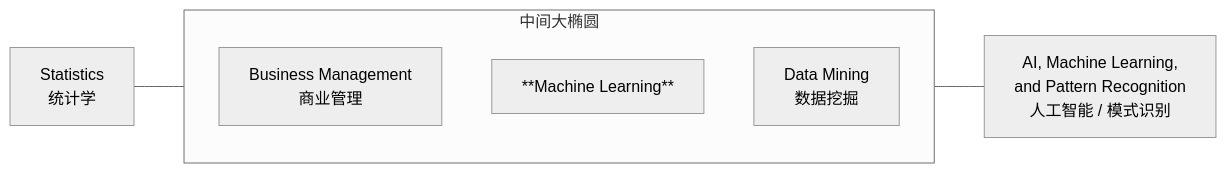
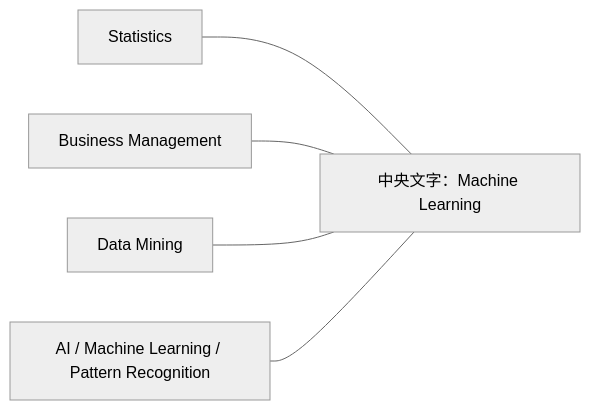
One commit to CercaTrovato/cityu-ai-course-notes changed the fifth of 18 diagrams in IS6400_Business_Data_Analytics/notes/M01-导论-商业数据分析全景与工具链.md. Above: the diagram before and after it, drawn with Mermaid (neutral theme). The commit also changed other lines of this file and 116 other files, not shown here.

````diff
--- a/IS6400_Business_Data_Analytics/notes/M01-导论-商业数据分析全景与工具链.md
+++ b/IS6400_Business_Data_Analytics/notes/M01-导论-商业数据分析全景与工具链.md
@@ -390,10 +572,7 @@
 ```mermaid
 flowchart LR
-    S["Statistics<br/>统计学"] --- M
-    subgraph M["中间大椭圆"]
-        M1["Business Management<br/>商业管理"]
-        M2["**Machine Learning**"]
-        M3["Data Mining<br/>数据挖掘"]
-    end
-    M --- A["AI, Machine Learning,<br/>and Pattern Recognition<br/>人工智能 / 模式识别"]
+    S["Statistics"] --- M["中央文字：Machine Learning"]
+    B["Business Management"] --- M
+    D["Data Mining"] --- M
+    A["AI / Machine Learning / Pattern Recognition"] --- M
 ```
````
